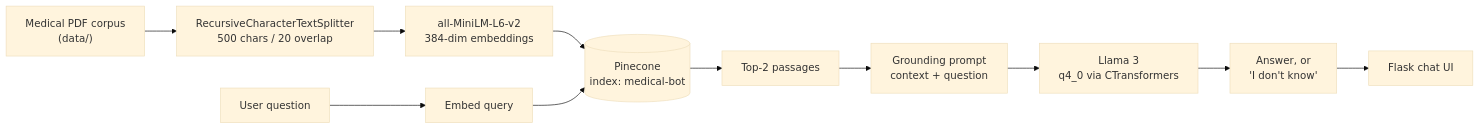
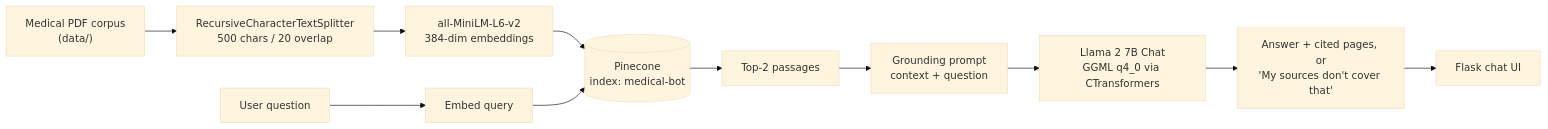
Before and after one commit to MohanVishe/medical-rag-chatbot: the diagram in README.md, drawn with Mermaid (base theme). The commit also changed other lines of this file and 12 other files, not shown here.

````diff
--- a/README.md
+++ b/README.md
@@ -43,14 +43,14 @@
 ```mermaid
 flowchart LR
     A["Medical PDF corpus<br/>(data/)"] --> B["RecursiveCharacterTextSplitter<br/>500 chars / 20 overlap"]
     B --> C["all-MiniLM-L6-v2<br/>384-dim embeddings"]
     C --> D[("Pinecone<br/>index: medical-bot")]
 
     E["User question"] --> F["Embed query"]
     F --> D
     D --> G["Top-2 passages"]
     G --> H["Grounding prompt<br/>context + question"]
-    H --> I["Llama 3<br/>q4_0 via CTransformers"]
-    I --> J["Answer, or<br/>'I don't know'"]
+    H --> I["Llama 2 7B Chat<br/>GGML q4_0 via CTransformers"]
+    I --> J["Answer + cited pages, or<br/>'My sources don't cover that'"]
     J --> K["Flask chat UI"]
 ```
````
